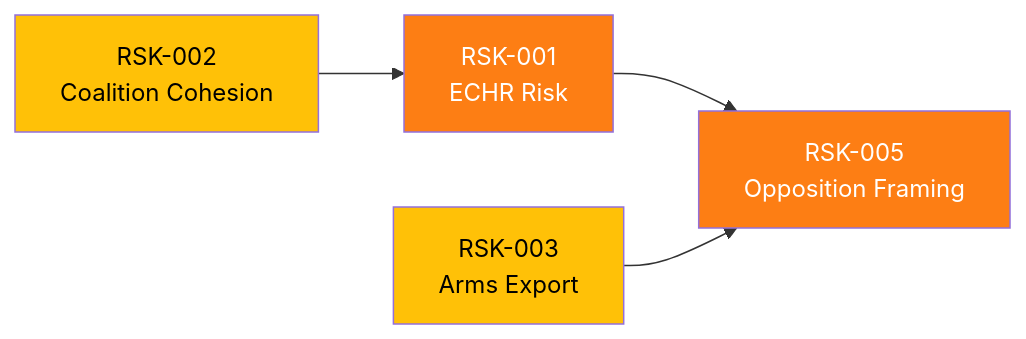
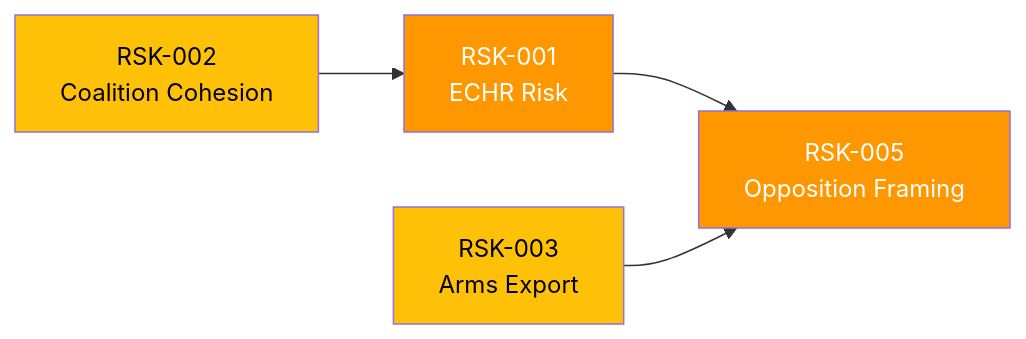
One commit to Hack23/riksdagsmonitor changed the second of 2 diagrams in analysis/daily/2026-04-01/risk-assessment.md. Above: the diagram before and after it, drawn with Mermaid. The commit also changed other lines of this file and 785 other files, not shown here.

First line of the commit message:
Normalize mermaid colors across 786 analysis artifacts to ISMS Style Guide palette

````diff
--- a/analysis/daily/2026-04-01/risk-assessment.md
+++ b/analysis/daily/2026-04-01/risk-assessment.md
@@ -41,11 +41,11 @@
 ```mermaid
 graph LR
     RSK1["RSK-001<br/>ECHR Risk"] --> RSK5["RSK-005<br/>Opposition Framing"]
     RSK2["RSK-002<br/>Coalition Cohesion"] --> RSK1
     RSK3["RSK-003<br/>Arms Export"] --> RSK5
     
-    style RSK1 fill:#fd7e14,color:#fff
-    style RSK2 fill:#ffc107,color:#000
-    style RSK3 fill:#ffc107,color:#000
-    style RSK5 fill:#fd7e14,color:#fff
+    style RSK1 fill:#FF9800,color:#FFFFFF
+    style RSK2 fill:#FFC107,color:#000000
+    style RSK3 fill:#FFC107,color:#000000
+    style RSK5 fill:#FF9800,color:#FFFFFF
 ```
````
